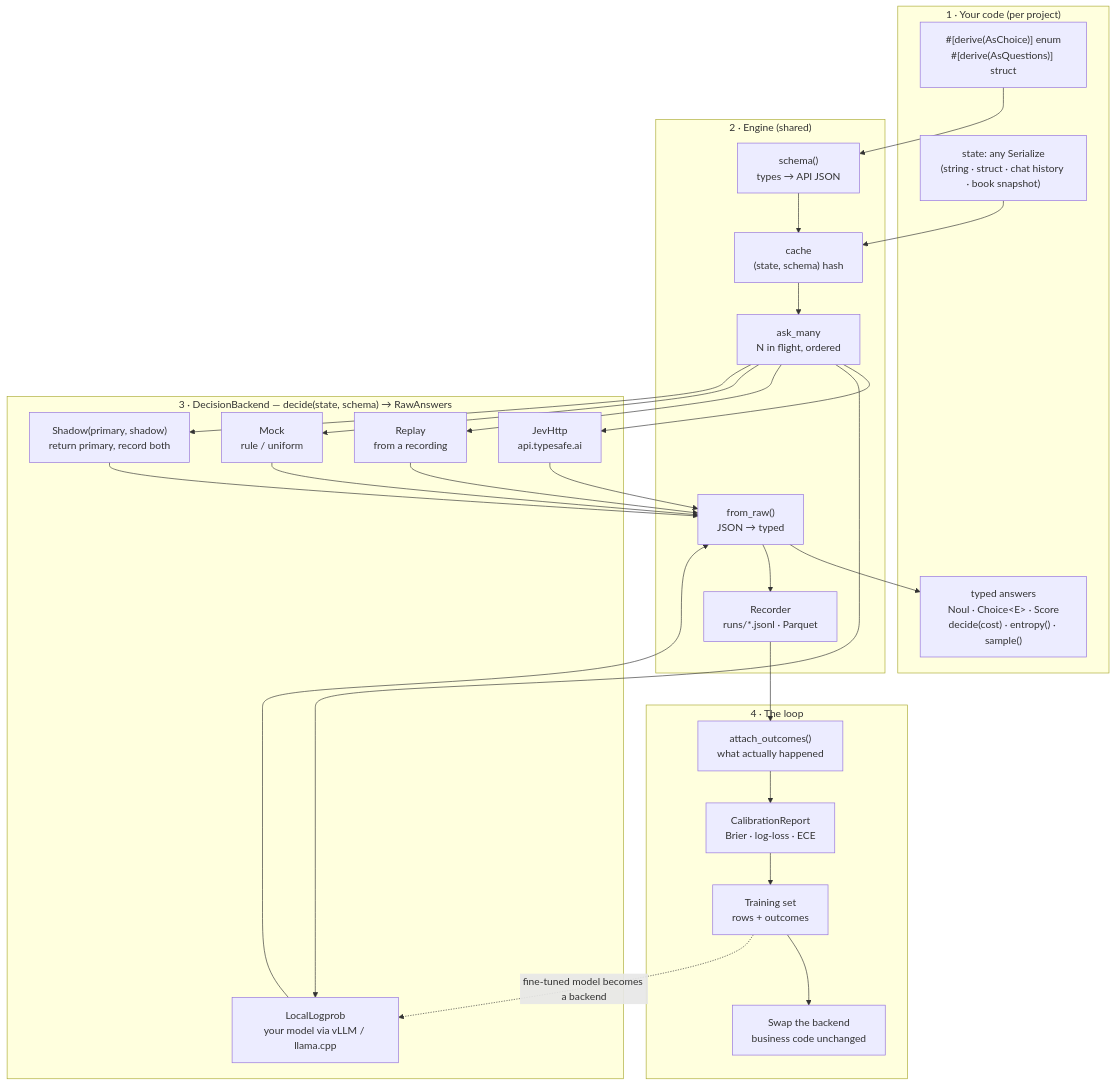
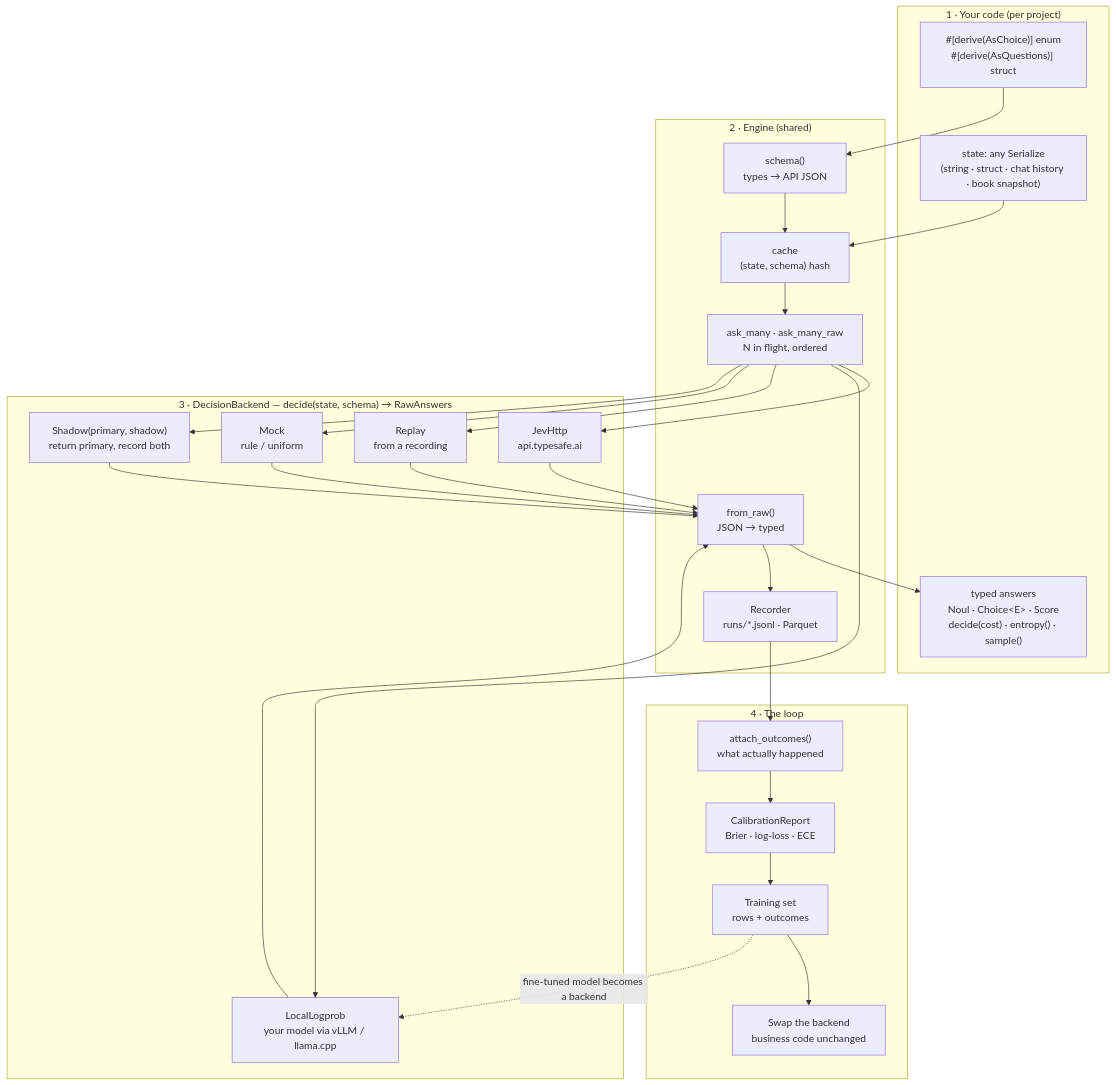
The diagram in docs/architecture.md (heyaozh/system-one), drawn with Mermaid before and after one commit. The commit also changed other lines of this file and 7 other files, not shown here.

````diff
--- a/docs/architecture.md
+++ b/docs/architecture.md
@@ -7,37 +7,37 @@
 ```mermaid
 flowchart TB
     subgraph YOU["1 · Your code (per project)"]
         T["#[derive(AsChoice)] enum<br/>#[derive(AsQuestions)] struct"]
         S["state: any Serialize<br/>(string · struct · chat history · book snapshot)"]
         D["typed answers<br/>Noul · Choice&lt;E&gt; · Score<br/>decide(cost) · entropy() · sample()"]
     end
 
     subgraph ENGINE["2 · Engine (shared)"]
         SCH["schema()<br/>types → API JSON"]
         CACHE["cache<br/>(state, schema) hash"]
-        MANY["ask_many<br/>N in flight, ordered"]
+        MANY["ask_many · ask_many_raw<br/>N in flight, ordered"]
         RAW["from_raw()<br/>JSON → typed"]
         REC["Recorder<br/>runs/*.jsonl · Parquet"]
     end
 
     subgraph BE["3 · DecisionBackend — decide(state, schema) → RawAnswers"]
         HTTP["JevHttp<br/>api.typesafe.ai"]
         LOCAL["LocalLogprob<br/>your model via vLLM / llama.cpp"]
         REPLAY["Replay<br/>from a recording"]
         MOCK["Mock<br/>rule / uniform"]
         SHADOW["Shadow(primary, shadow)<br/>return primary, record both"]
     end
 
     subgraph LOOP["4 · The loop"]
         OUT["attach_outcomes()<br/>what actually happened"]
         CAL["CalibrationReport<br/>Brier · log-loss · ECE"]
         TRAIN["Training set<br/>rows + outcomes"]
         SWAP["Swap the backend<br/>business code unchanged"]
     end
 
     T --> SCH --> CACHE --> MANY --> HTTP & LOCAL & REPLAY & MOCK & SHADOW
     S --> CACHE
     HTTP & LOCAL & REPLAY & MOCK & SHADOW --> RAW --> D
     RAW --> REC --> OUT --> CAL --> TRAIN --> SWAP
     TRAIN -. "fine-tuned model becomes a backend" .-> LOCAL
 ```
````
